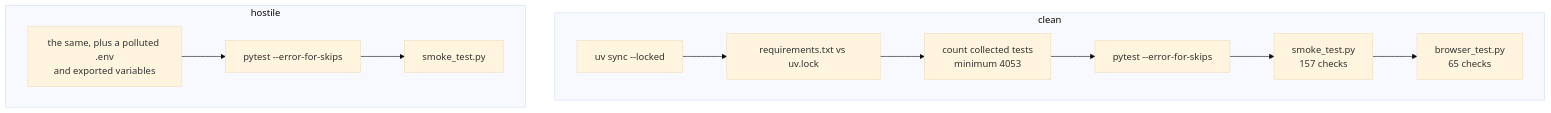
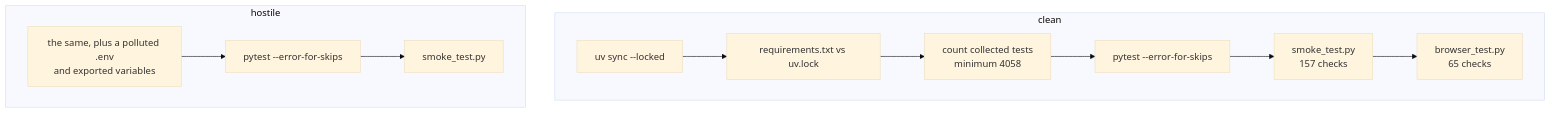
The diagram in docs/testing.md (IAMN1/link-shortener), drawn with Mermaid (base theme) before and after one commit. The commit also changed other lines of this file and 8 other files, not shown here.

````diff
--- a/docs/testing.md
+++ b/docs/testing.md
@@ -409,12 +409,12 @@
 ```mermaid
 flowchart TD
     subgraph clean["clean"]
         C1[uv sync --locked] --> C2[requirements.txt vs uv.lock]
-        C2 --> C3[count collected tests<br/>minimum 4053] --> C4[pytest --error-for-skips]
+        C2 --> C3[count collected tests<br/>minimum 4058] --> C4[pytest --error-for-skips]
         C4 --> C5[smoke_test.py<br/>157 checks] --> C6[browser_test.py<br/>65 checks]
     end
     subgraph hostile["hostile"]
         H1[the same, plus a polluted .env<br/>and exported variables] --> H2[pytest --error-for-skips]
         H2 --> H3[smoke_test.py]
     end
 ```
````
